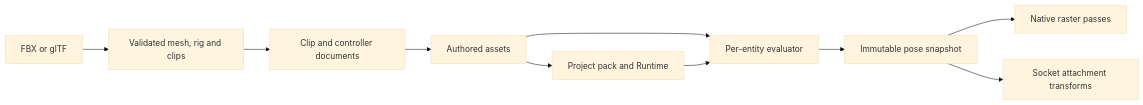
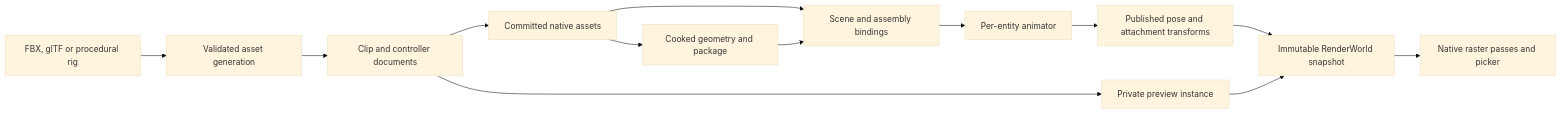
Before and after one commit to nguyenphong0210/AxleEngine: the diagram in docs/milestones/MILESTONE_17_ANIMATION/ARCHITECTURE.md, drawn with Mermaid (base theme). The commit also changed other lines of this file and 3 other files, not shown here.

````diff
--- a/docs/milestones/MILESTONE_17_ANIMATION/ARCHITECTURE.md
+++ b/docs/milestones/MILESTONE_17_ANIMATION/ARCHITECTURE.md
@@ -12,12 +20,15 @@
 ```mermaid
 flowchart LR
-    Source[FBX or glTF] --> Codec[Validated mesh, rig and clips]
-    Codec --> Studio[Clip and controller documents]
-    Studio --> Saved[Authored assets]
-    Saved --> Eval[Per-entity evaluator]
-    Eval --> Pose[Immutable pose snapshot]
-    Pose --> Passes[Native raster passes]
-    Pose --> Socket[Socket attachment transforms]
-    Saved --> Export[Project pack and Runtime]
-    Export --> Eval
+    Source["FBX, glTF or procedural rig"] --> Import["Validated asset generation"]
+    Import --> Docs["Clip and controller documents"]
+    Docs --> Saved["Committed native assets"]
+    Saved --> Binding["Scene and assembly bindings"]
+    Saved --> Export["Cooked geometry and package"]
+    Export --> Binding
+    Binding --> Instance["Per-entity animator"]
+    Instance --> Pose["Published pose and attachment transforms"]
+    Pose --> Extract["Immutable RenderWorld snapshot"]
+    Extract --> Draw["Native raster passes and picker"]
+    Docs --> Preview["Private preview instance"]
+    Preview --> Extract
 ```
````
